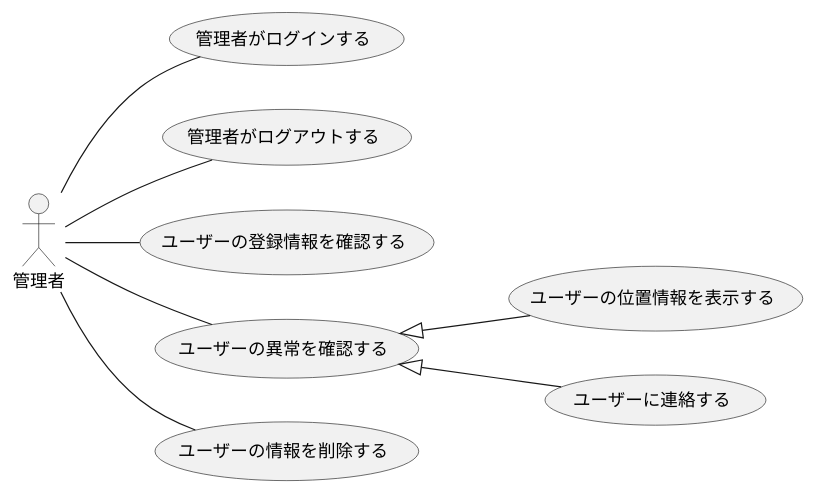
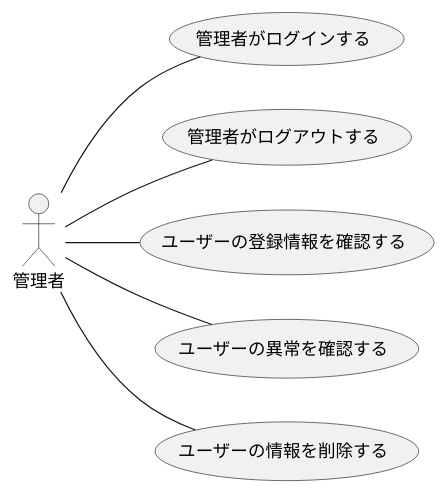
The diagram in F_usecase_admin.plantuml (ksw2270227/GroupF), drawn with PlantUML before and after one commit. The commit also changed 5 other files, not shown here.

```diff
--- a/F_usecase_admin.plantuml
+++ b/F_usecase_admin.plantuml
@@ -1,14 +1,13 @@
 @startuml 管理者
 left to right direction
 actor 管理者
 
 管理者 -- (管理者がログインする)
 管理者 -- (管理者がログアウトする)
 管理者 -- (ユーザーの登録情報を確認する)
 管理者 -- (ユーザーの異常を確認する)
 管理者 -- (ユーザーの情報を削除する)
 
-(ユーザーの異常を確認する) <|-- (ユーザーの位置情報を表示する)
-(ユーザーの異常を確認する) <|-- (ユーザーに連絡する)
+
 
 @enduml
```
